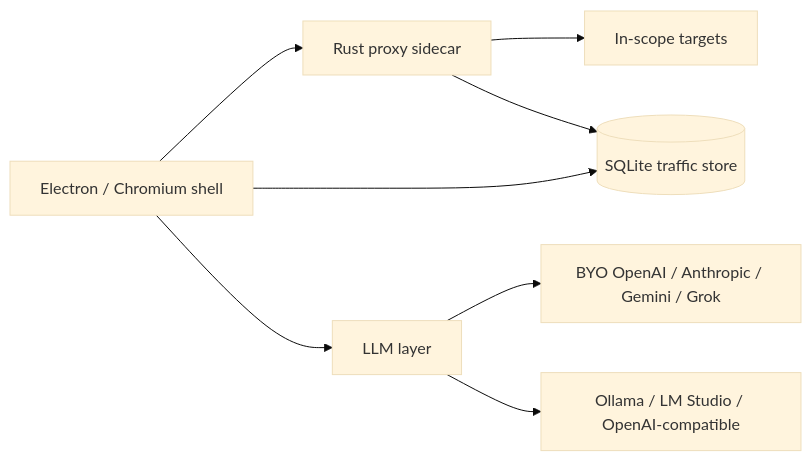
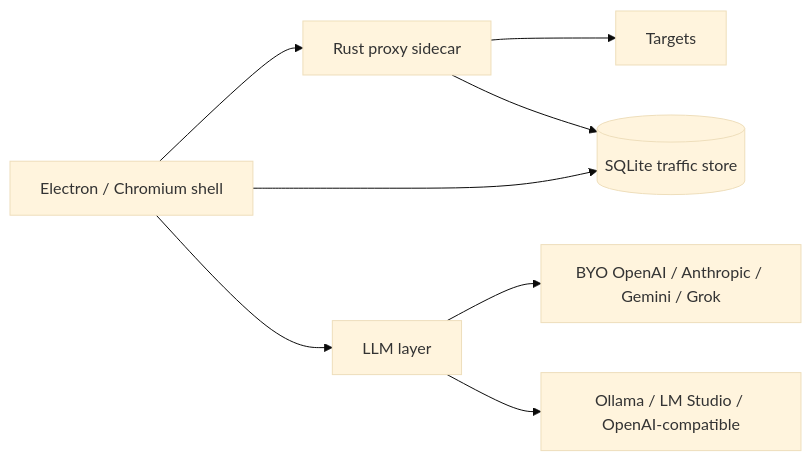
Before and after one commit to kritarth1107/lurkwire: the diagram in README.md, drawn with Mermaid (base theme). The commit also changed other lines of this file, not shown here.

````diff
--- a/README.md
+++ b/README.md
@@ -38,10 +38,10 @@
 ```mermaid
 flowchart LR
   Shell[Electron / Chromium shell] --> Proxy[Rust proxy sidecar]
-  Proxy --> Targets[In-scope targets]
+  Proxy --> Targets[Targets]
   Proxy --> Store[(SQLite traffic store)]
   Shell --> Store
   Shell --> LLM[LLM layer]
   LLM --> Cloud[BYO OpenAI / Anthropic / Gemini / Grok]
   LLM --> Local[Ollama / LM Studio / OpenAI-compatible]
 ```
````
